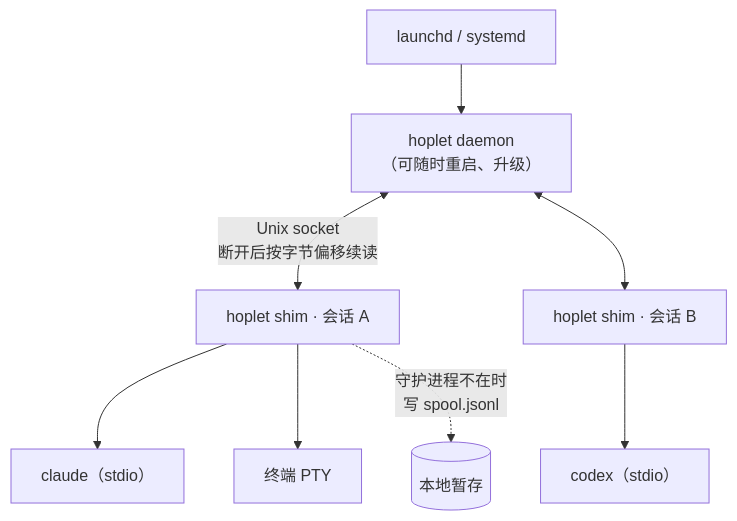
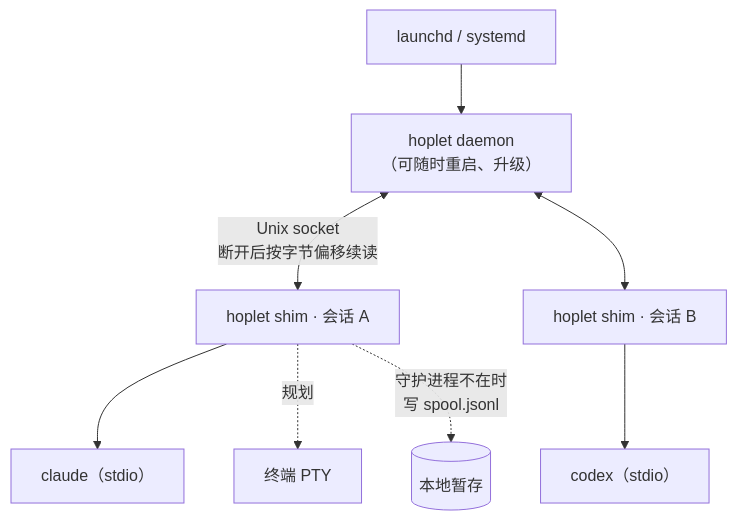
One commit to yangflow/hoplet changed the first of 2 diagrams in docs/design/0002-process-model.md. Above: the diagram before and after it, drawn with Mermaid. The commit also changed other lines of this file and 26 other files, not shown here.

Commit message:
docs(design): align designs and roadmap with implementation

````diff
--- a/docs/design/0002-process-model.md
+++ b/docs/design/0002-process-model.md
@@ -20,10 +29,10 @@
 ```mermaid
 flowchart TB
     LD["launchd / systemd"] --> D["hoplet daemon<br/>（可随时重启、升级）"]
     D <-- "Unix socket<br/>断开后按字节偏移续读" --> S1["hoplet shim · 会话 A"]
     D <--> S2["hoplet shim · 会话 B"]
     S1 --> C1["claude（stdio）"]
-    S1 --> T1["终端 PTY"]
+    S1 -. "规划" .-> T1["终端 PTY"]
     S2 --> C2["codex（stdio）"]
     S1 -. "守护进程不在时<br/>写 spool.jsonl" .-> F[("本地暂存")]
 ```
````
